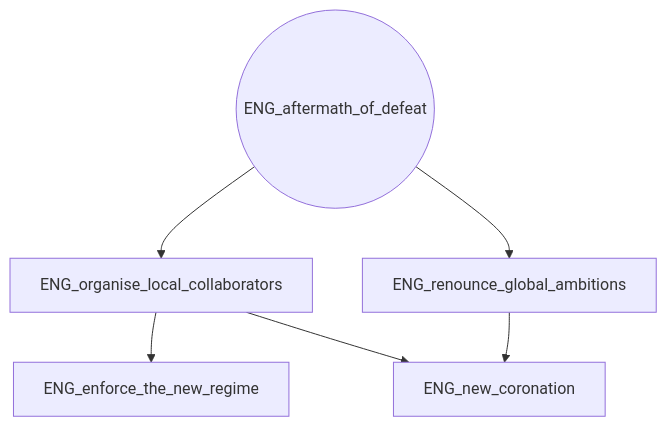
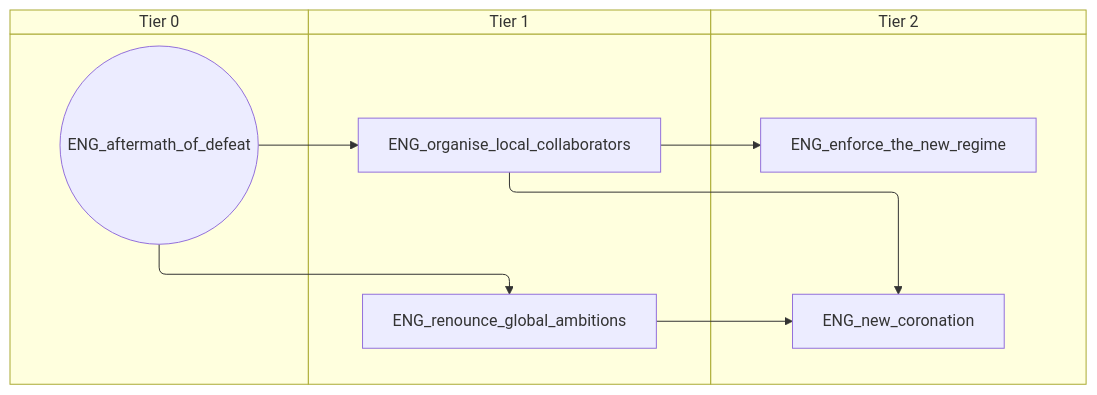
One commit to evgeny-sobol/hoi4-sandbox-mode-r56 changed the second of 9 diagrams in docs/gdd/National Focuses/r56/uk.md. Above: the diagram before and after it, drawn with Mermaid. The commit also changed other lines of this file and 423 other files, not shown here.

First line of the commit message:
Re-export Rt56 focus trees as swimlane diagrams

````diff
--- a/docs/gdd/National Focuses/r56/uk.md
+++ b/docs/gdd/National Focuses/r56/uk.md
@@ -159,13 +177,19 @@
 ```mermaid
-flowchart TD
-    n64(("ENG_aftermath_of_defeat"))
-    n65["ENG_enforce_the_new_regime"]
-    n66["ENG_new_coronation"]
-    n67["ENG_organise_local_collaborators"]
-    n68["ENG_renounce_global_ambitions"]
-    n67 --> n65
-    n68 --> n66
-    n67 --> n66
-    n64 --> n67
-    n64 --> n68
+swimlane-beta TD
+    subgraph tier_0["Tier 0"]
+        n64(("ENG_aftermath_of_defeat"))
+    end
+    subgraph tier_1["Tier 1"]
+        n65["ENG_organise_local_collaborators"]
+        n66["ENG_renounce_global_ambitions"]
+    end
+    subgraph tier_2["Tier 2"]
+        n67["ENG_enforce_the_new_regime"]
+        n68["ENG_new_coronation"]
+    end
+    n65 --> n67
+    n66 --> n68
+    n65 --> n68
+    n64 --> n65
+    n64 --> n66
 ```
````
